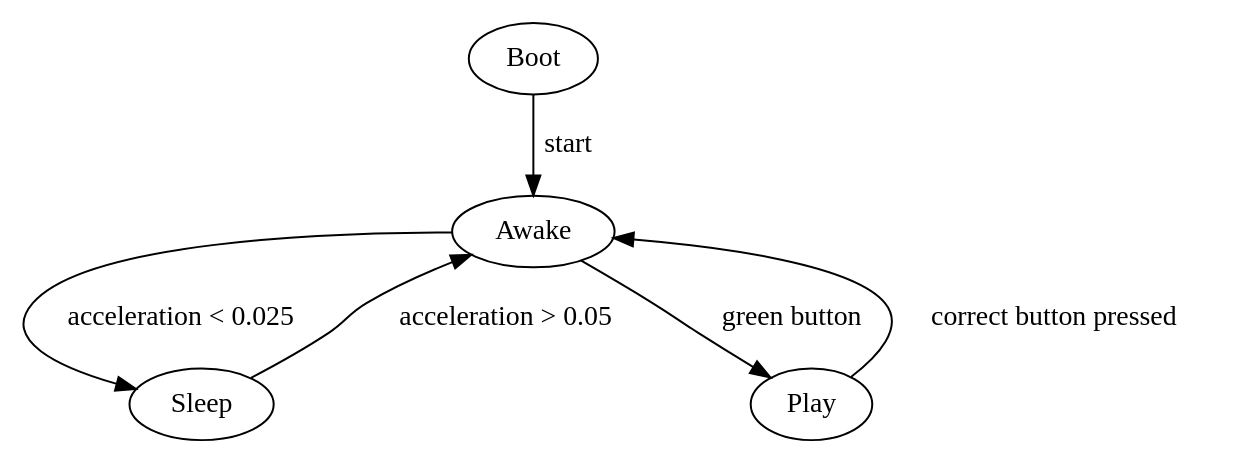
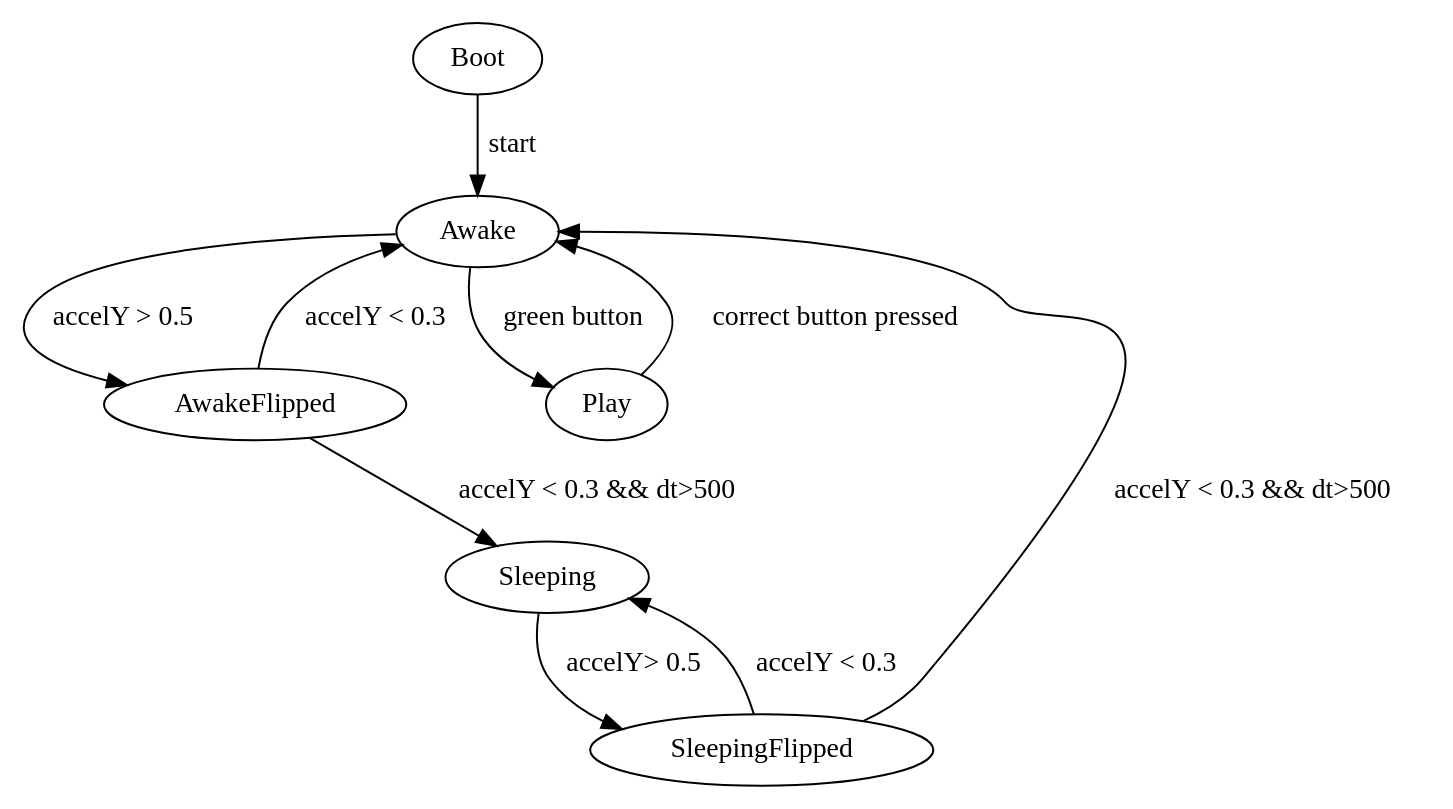
The diagram in states.dot (titouanc/sicp-project), drawn with Graphviz before and after one commit. The commit also changed 4 other files, not shown here.

```diff
--- a/states.dot
+++ b/states.dot
@@ -1,7 +1,14 @@
 digraph virtualpet {
     Boot -> Awake [label="start"];
-    Awake -> Sleep [label="acceleration < 0.025"];
-    Sleep -> Awake [label="acceleration > 0.05"]
+
+    Awake -> AwakeFlipped [label="accelY > 0.5"];
+    AwakeFlipped -> Sleeping [label="accelY < 0.3 && dt>500"];
+    AwakeFlipped -> Awake [label="accelY < 0.3"];
+
+    Sleeping -> SleepingFlipped [label="accelY> 0.5"];
+    SleepingFlipped -> Sleeping [label="accelY < 0.3"];
+    SleepingFlipped -> Awake [label="accelY < 0.3 && dt>500"];
+
     Awake -> Play [label="green button"];
     Play -> Awake [label="correct button pressed"];
 }
```
